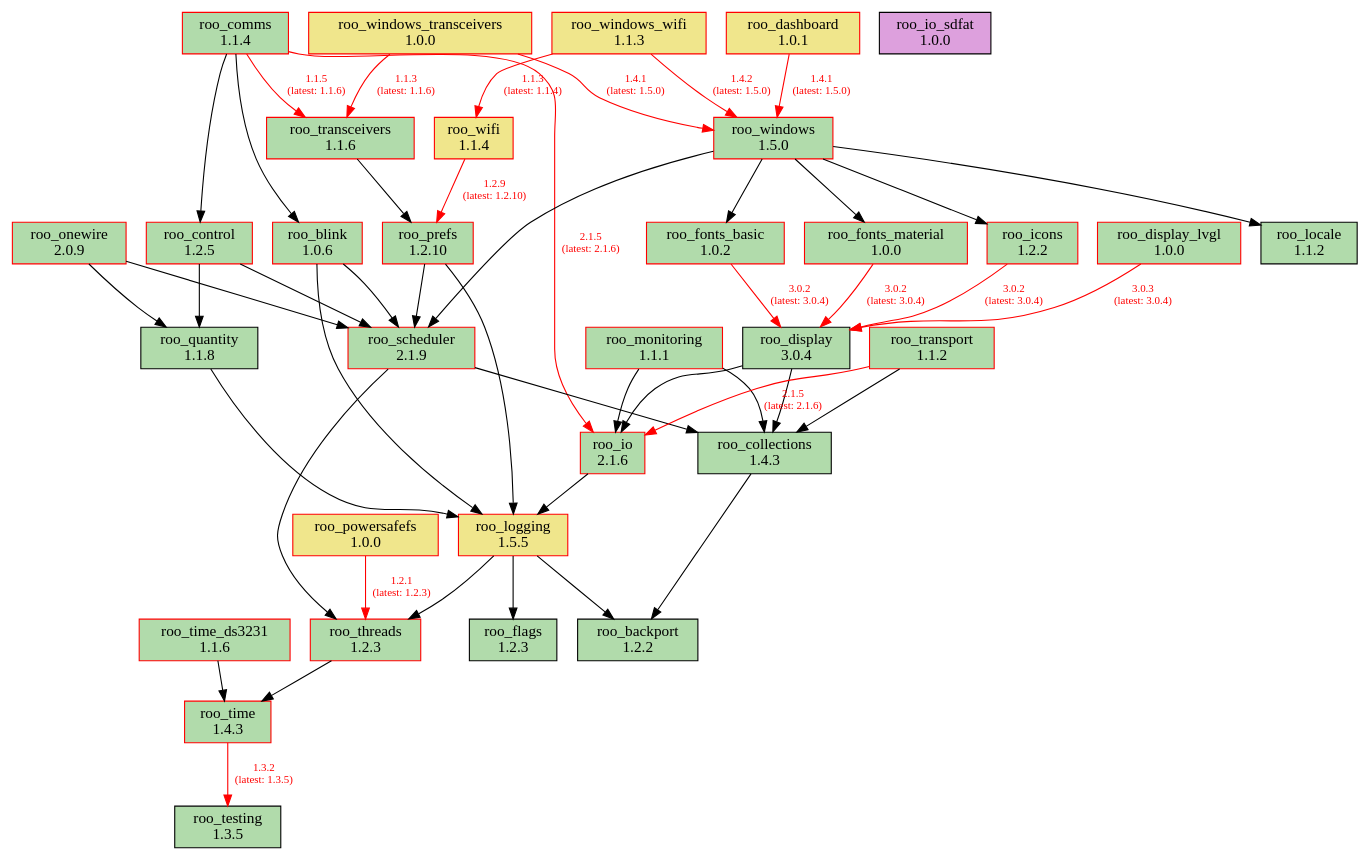
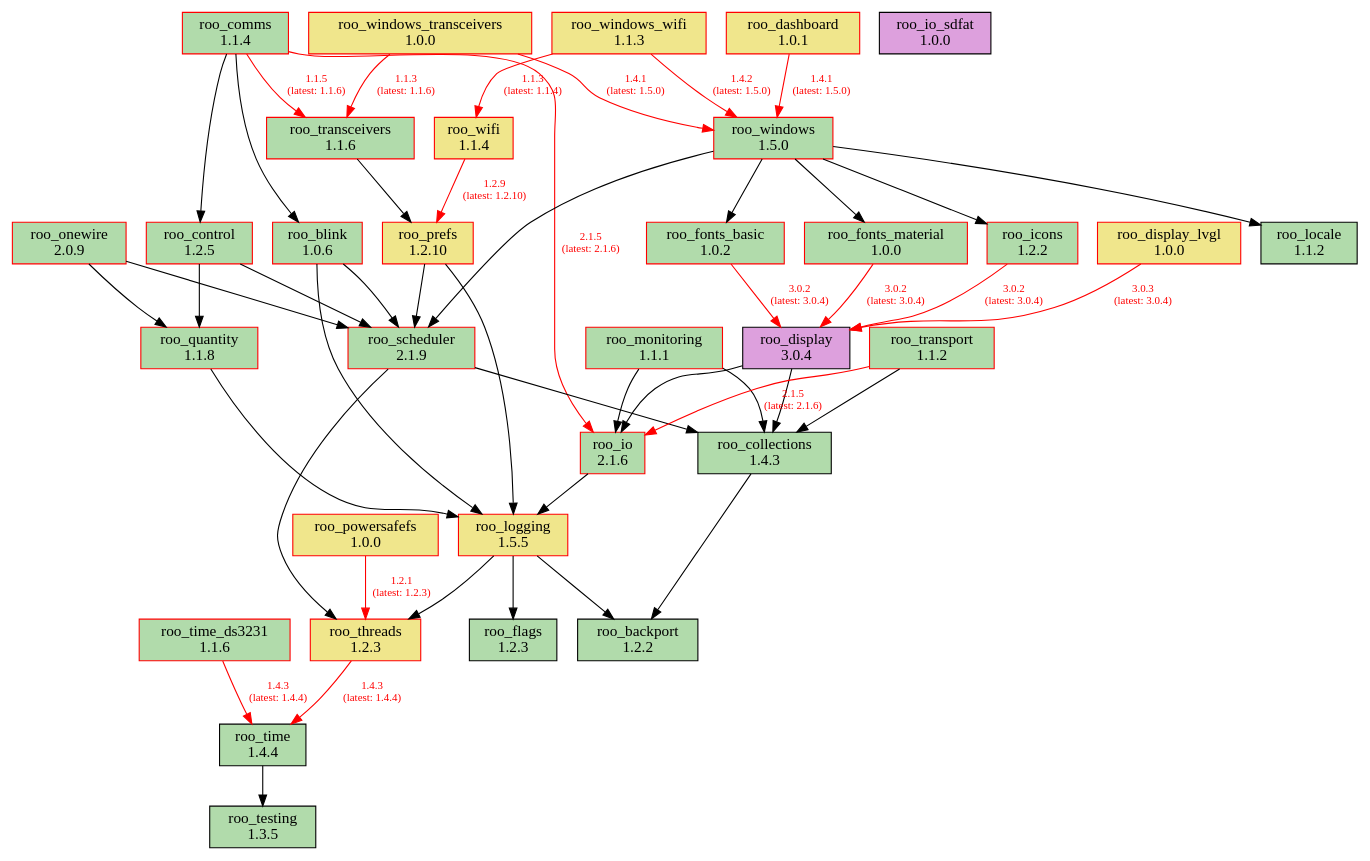
One commit to dejwk/roo-registry changed the diagram in doc/dependencies.dot. Above: the diagram before and after it, drawn with Graphviz. The commit also changed 3 other files, not shown here.

Commit message:
Added roo_time 1.4.4 to the registry.

```diff
--- a/doc/dependencies.dot
+++ b/doc/dependencies.dot
@@ -1,87 +1,87 @@
 digraph dependencies {
     rankdir=TB;
     node [shape=box, style=filled];
     edge [fontsize=10];
 
     // Modules
     "roo_backport" [label="roo_backport\n1.2.2", fillcolor="#b1dbab", color="black"];
     "roo_blink" [label="roo_blink\n1.0.6", fillcolor="#b1dbab", color="red"];
     "roo_collections" [label="roo_collections\n1.4.3", fillcolor="#b1dbab", color="black"];
     "roo_comms" [label="roo_comms\n1.1.4", fillcolor="#b1dbab", color="red"];
     "roo_control" [label="roo_control\n1.2.5", fillcolor="#b1dbab", color="red"];
     "roo_dashboard" [label="roo_dashboard\n1.0.1", fillcolor="khaki", color="red"];
-    "roo_display" [label="roo_display\n3.0.4", fillcolor="#b1dbab", color="black"];
-    "roo_display_lvgl" [label="roo_display_lvgl\n1.0.0", fillcolor="#b1dbab", color="red"];
+    "roo_display" [label="roo_display\n3.0.4", fillcolor="plum", color="black"];
+    "roo_display_lvgl" [label="roo_display_lvgl\n1.0.0", fillcolor="khaki", color="red"];
     "roo_flags" [label="roo_flags\n1.2.3", fillcolor="#b1dbab", color="black"];
     "roo_fonts_basic" [label="roo_fonts_basic\n1.0.2", fillcolor="#b1dbab", color="red"];
     "roo_fonts_material" [label="roo_fonts_material\n1.0.0", fillcolor="#b1dbab", color="red"];
     "roo_icons" [label="roo_icons\n1.2.2", fillcolor="#b1dbab", color="red"];
     "roo_io" [label="roo_io\n2.1.6", fillcolor="#b1dbab", color="red"];
     "roo_io_sdfat" [label="roo_io_sdfat\n1.0.0", fillcolor="plum", color="black"];
     "roo_locale" [label="roo_locale\n1.1.2", fillcolor="#b1dbab", color="black"];
     "roo_logging" [label="roo_logging\n1.5.5", fillcolor="khaki", color="red"];
     "roo_monitoring" [label="roo_monitoring\n1.1.1", fillcolor="#b1dbab", color="red"];
     "roo_onewire" [label="roo_onewire\n2.0.9", fillcolor="#b1dbab", color="red"];
     "roo_powersafefs" [label="roo_powersafefs\n1.0.0", fillcolor="khaki", color="red"];
-    "roo_prefs" [label="roo_prefs\n1.2.10", fillcolor="#b1dbab", color="red"];
-    "roo_quantity" [label="roo_quantity\n1.1.8", fillcolor="#b1dbab", color="black"];
+    "roo_prefs" [label="roo_prefs\n1.2.10", fillcolor="khaki", color="red"];
+    "roo_quantity" [label="roo_quantity\n1.1.8", fillcolor="#b1dbab", color="red"];
     "roo_scheduler" [label="roo_scheduler\n2.1.9", fillcolor="#b1dbab", color="red"];
     "roo_testing" [label="roo_testing\n1.3.5", fillcolor="#b1dbab", color="black"];
-    "roo_threads" [label="roo_threads\n1.2.3", fillcolor="#b1dbab", color="red"];
-    "roo_time" [label="roo_time\n1.4.3", fillcolor="#b1dbab", color="red"];
+    "roo_threads" [label="roo_threads\n1.2.3", fillcolor="khaki", color="red"];
+    "roo_time" [label="roo_time\n1.4.4", fillcolor="#b1dbab", color="black"];
     "roo_time_ds3231" [label="roo_time_ds3231\n1.1.6", fillcolor="#b1dbab", color="red"];
     "roo_transceivers" [label="roo_transceivers\n1.1.6", fillcolor="#b1dbab", color="red"];
     "roo_transport" [label="roo_transport\n1.1.2", fillcolor="#b1dbab", color="red"];
     "roo_wifi" [label="roo_wifi\n1.1.4", fillcolor="khaki", color="red"];
     "roo_windows" [label="roo_windows\n1.5.0", fillcolor="#b1dbab", color="red"];
     "roo_windows_transceivers" [label="roo_windows_transceivers\n1.0.0", fillcolor="khaki", color="red"];
     "roo_windows_wifi" [label="roo_windows_wifi\n1.1.3", fillcolor="khaki", color="red"];
 
     // Dependencies
     "roo_blink" -> "roo_logging";
     "roo_blink" -> "roo_scheduler";
     "roo_collections" -> "roo_backport";
     "roo_comms" -> "roo_blink";
     "roo_comms" -> "roo_control";
     "roo_comms" -> "roo_io" [color=red, fontcolor=red, label="2.1.5\n(latest: 2.1.6)"];
     "roo_comms" -> "roo_transceivers" [color=red, fontcolor=red, label="1.1.5\n(latest: 1.1.6)"];
     "roo_control" -> "roo_quantity";
     "roo_control" -> "roo_scheduler";
     "roo_dashboard" -> "roo_windows" [color=red, fontcolor=red, label="1.4.1\n(latest: 1.5.0)"];
     "roo_display" -> "roo_collections";
     "roo_display" -> "roo_io";
     "roo_display_lvgl" -> "roo_display" [color=red, fontcolor=red, label="3.0.3\n(latest: 3.0.4)"];
     "roo_fonts_basic" -> "roo_display" [color=red, fontcolor=red, label="3.0.2\n(latest: 3.0.4)"];
     "roo_fonts_material" -> "roo_display" [color=red, fontcolor=red, label="3.0.2\n(latest: 3.0.4)"];
     "roo_icons" -> "roo_display" [color=red, fontcolor=red, label="3.0.2\n(latest: 3.0.4)"];
     "roo_io" -> "roo_logging";
     "roo_logging" -> "roo_backport";
     "roo_logging" -> "roo_flags";
     "roo_logging" -> "roo_threads";
     "roo_monitoring" -> "roo_collections";
     "roo_monitoring" -> "roo_io";
     "roo_onewire" -> "roo_scheduler";
     "roo_onewire" -> "roo_quantity";
     "roo_powersafefs" -> "roo_threads" [color=red, fontcolor=red, label="1.2.1\n(latest: 1.2.3)"];
     "roo_prefs" -> "roo_logging";
     "roo_prefs" -> "roo_scheduler";
     "roo_quantity" -> "roo_logging";
     "roo_scheduler" -> "roo_collections";
     "roo_scheduler" -> "roo_threads";
-    "roo_threads" -> "roo_time";
-    "roo_time" -> "roo_testing" [color=red, fontcolor=red, label="1.3.2\n(latest: 1.3.5)"];
-    "roo_time_ds3231" -> "roo_time";
+    "roo_threads" -> "roo_time" [color=red, fontcolor=red, label="1.4.3\n(latest: 1.4.4)"];
+    "roo_time" -> "roo_testing";
+    "roo_time_ds3231" -> "roo_time" [color=red, fontcolor=red, label="1.4.3\n(latest: 1.4.4)"];
     "roo_transceivers" -> "roo_prefs";
     "roo_transport" -> "roo_collections";
     "roo_transport" -> "roo_io" [color=red, fontcolor=red, label="2.1.5\n(latest: 2.1.6)"];
     "roo_wifi" -> "roo_prefs" [color=red, fontcolor=red, label="1.2.9\n(latest: 1.2.10)"];
     "roo_windows" -> "roo_fonts_basic";
     "roo_windows" -> "roo_fonts_material";
     "roo_windows" -> "roo_locale";
     "roo_windows" -> "roo_icons";
     "roo_windows" -> "roo_scheduler";
     "roo_windows_transceivers" -> "roo_transceivers" [color=red, fontcolor=red, label="1.1.3\n(latest: 1.1.6)"];
     "roo_windows_transceivers" -> "roo_windows" [color=red, fontcolor=red, label="1.4.1\n(latest: 1.5.0)"];
     "roo_windows_wifi" -> "roo_wifi" [color=red, fontcolor=red, label="1.1.3\n(latest: 1.1.4)"];
     "roo_windows_wifi" -> "roo_windows" [color=red, fontcolor=red, label="1.4.2\n(latest: 1.5.0)"];
 }
```
